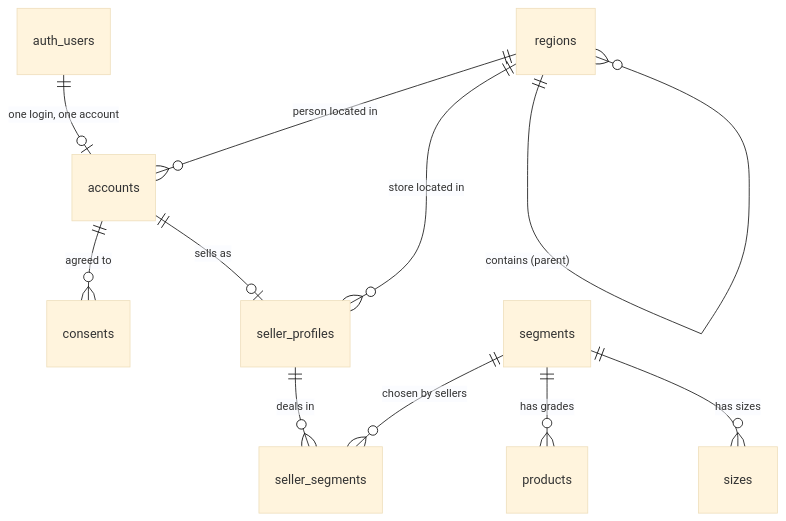
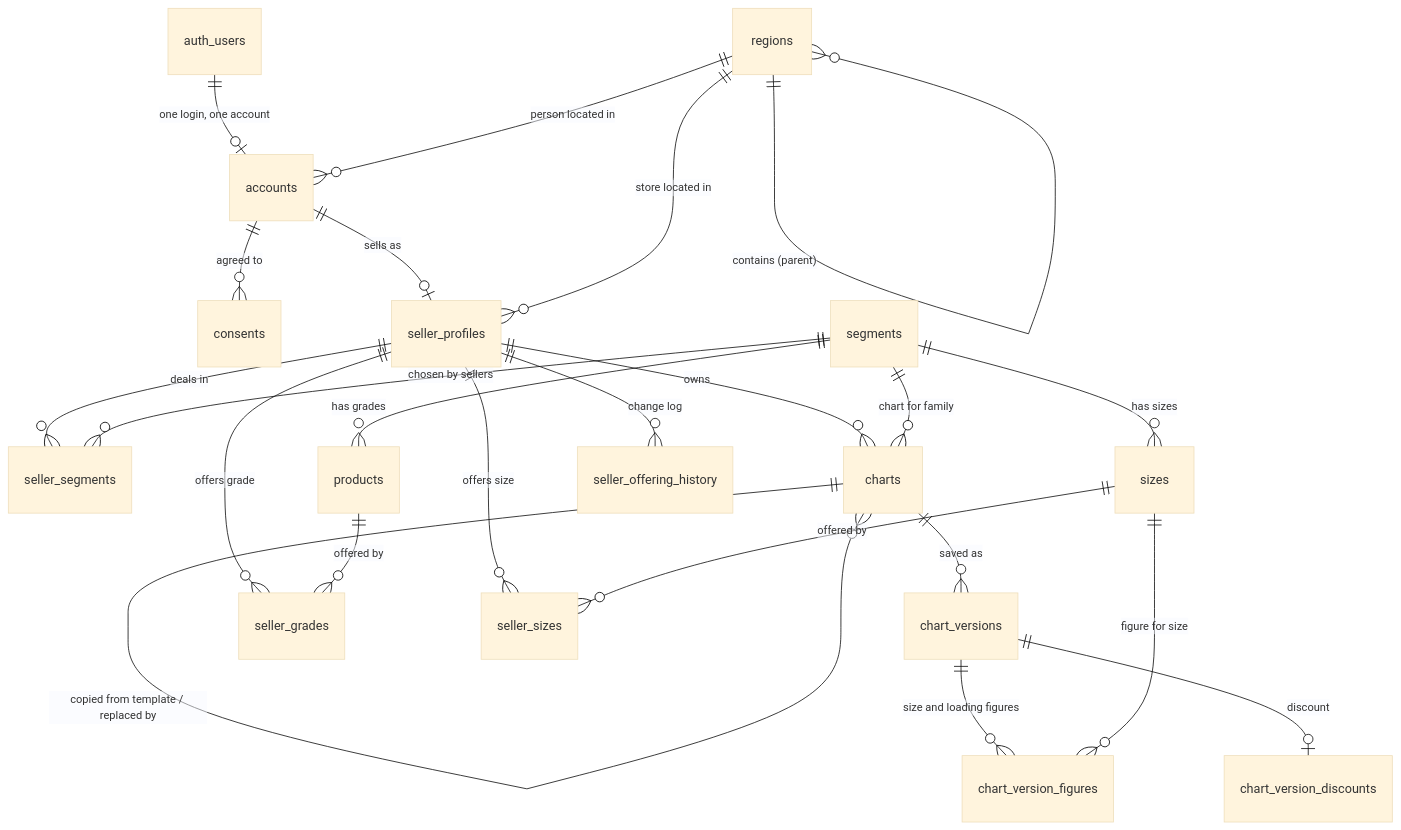
The diagram in docs/database.md (builalee/alee), drawn with Mermaid (base theme) before and after one commit. The commit also changed other lines of this file and 2 other files, not shown here.

First line of the commit message:
Document charts, templates and seller offerings

````diff
--- a/docs/database.md
+++ b/docs/database.md
@@ -15,13 +15,25 @@
 ```mermaid
 erDiagram
     auth_users      ||--o| accounts         : "one login, one account"
     accounts        ||--o{ consents         : "agreed to"
     accounts        ||--o| seller_profiles  : "sells as"
     seller_profiles ||--o{ seller_segments  : "deals in"
     segments        ||--o{ seller_segments  : "chosen by sellers"
     segments        ||--o{ products         : "has grades"
     segments        ||--o{ sizes            : "has sizes"
     regions         ||--o{ regions          : "contains (parent)"
     regions         ||--o{ accounts         : "person located in"
     regions         ||--o{ seller_profiles  : "store located in"
+    seller_profiles ||--o{ charts           : "owns"
+    segments        ||--o{ charts           : "chart for family"
+    charts          ||--o{ charts           : "copied from template / replaced by"
+    charts          ||--o{ chart_versions   : "saved as"
+    chart_versions  ||--o{ chart_version_figures   : "size and loading figures"
+    chart_versions  ||--o| chart_version_discounts : "discount"
+    sizes           ||--o{ chart_version_figures   : "figure for size"
+    seller_profiles ||--o{ seller_grades    : "offers grade"
+    products        ||--o{ seller_grades    : "offered by"
+    seller_profiles ||--o{ seller_sizes     : "offers size"
+    sizes           ||--o{ seller_sizes     : "offered by"
+    seller_profiles ||--o{ seller_offering_history : "change log"
 ```
````
